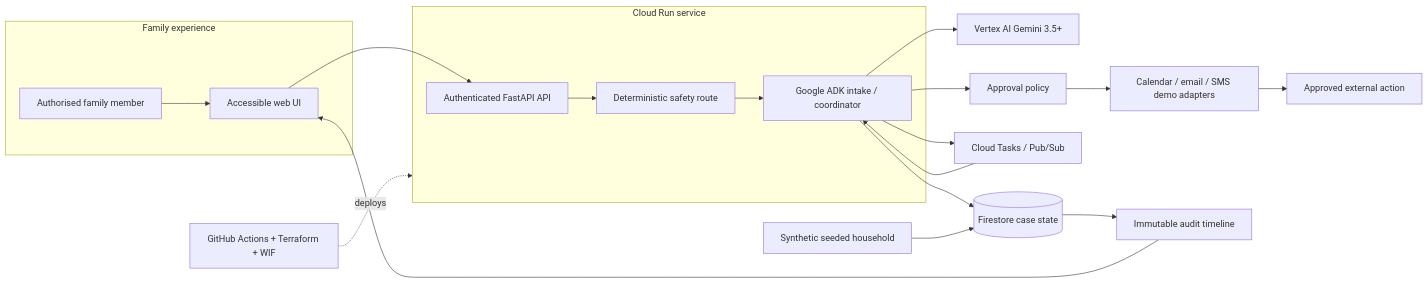
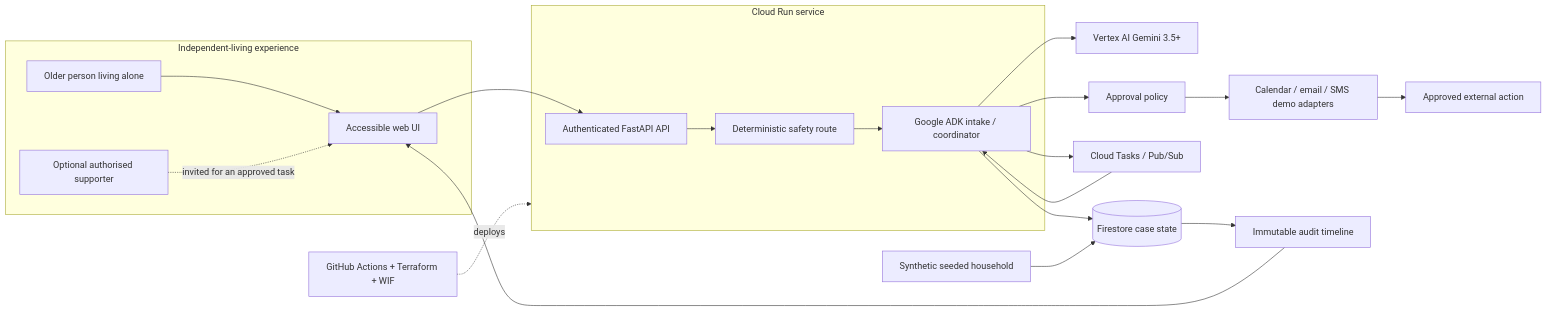
The diagram in docs/architecture.md (sailing-together/StayLong), drawn with Mermaid before and after one commit. The commit also changed other lines of this file and 13 other files, not shown here.

Commit message:
docs: focus independent-living workflow

````diff
--- a/docs/architecture.md
+++ b/docs/architecture.md
@@ -7,22 +7,23 @@
 ```mermaid
 flowchart LR
-  subgraph FAMILY["Family experience"]
-    U["Authorised family member"] --> W["Accessible web UI"]
+  subgraph EXPERIENCE["Independent-living experience"]
+    U["Older person living alone"] --> W["Accessible web UI"]
+    S["Optional authorised supporter"] -. invited for an approved task .-> W
   end
   subgraph RUN["Cloud Run service"]
     W --> API["Authenticated FastAPI API"]
     API --> R["Deterministic safety route"]
     R --> ADK["Google ADK intake / coordinator"]
   end
   ADK --> V["Vertex AI Gemini 3.5+"]
   ADK --> F[("Firestore case state")]
   ADK --> Q["Cloud Tasks / Pub/Sub"]
   Q --> ADK
   ADK --> P["Approval policy"]
   P --> T["Calendar / email / SMS demo adapters"]
   T --> C["Approved external action"]
   F --> L["Immutable audit timeline"]
   L --> W
   D["Synthetic seeded household"] --> F
   CI["GitHub Actions + Terraform + WIF"] -. deploys .-> RUN
 ```
````
